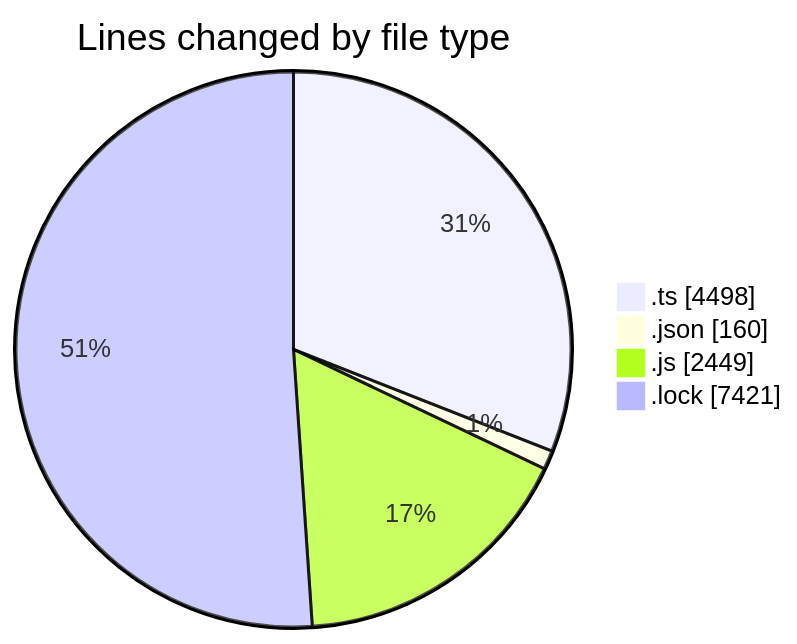
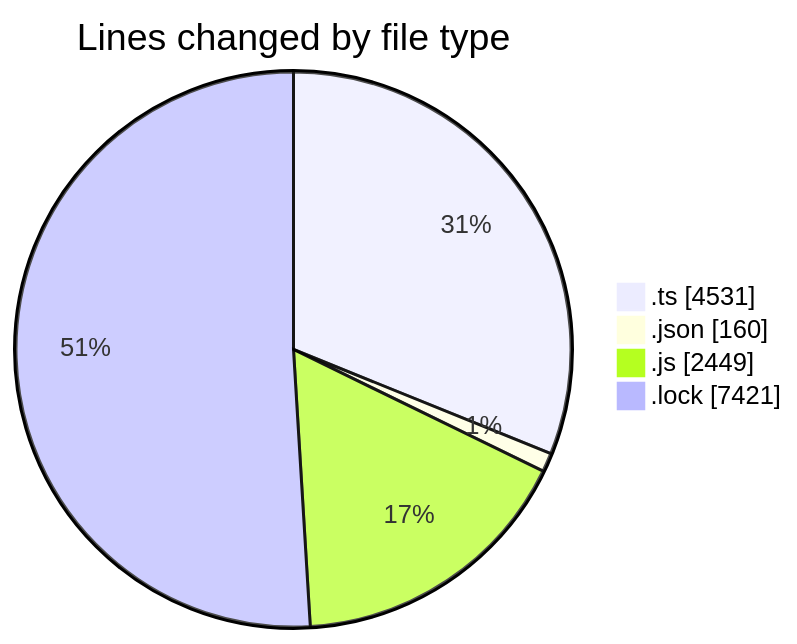
Before and after one commit to momahboobian/code-tracking: the first of 2 diagrams in 2025-07-30/cda/README.md, drawn with Mermaid. The commit also changed other lines of this file and 1 other file, not shown here.

````diff
--- a/2025-07-30/cda/README.md
+++ b/2025-07-30/cda/README.md
@@ -31,8 +31,8 @@
 ```mermaid
 pie showData
 title Lines changed by file type
-".ts" : 4498
+".ts" : 4531
 ".json" : 160
 ".js" : 2449
 ".lock" : 7421
 ```
````
